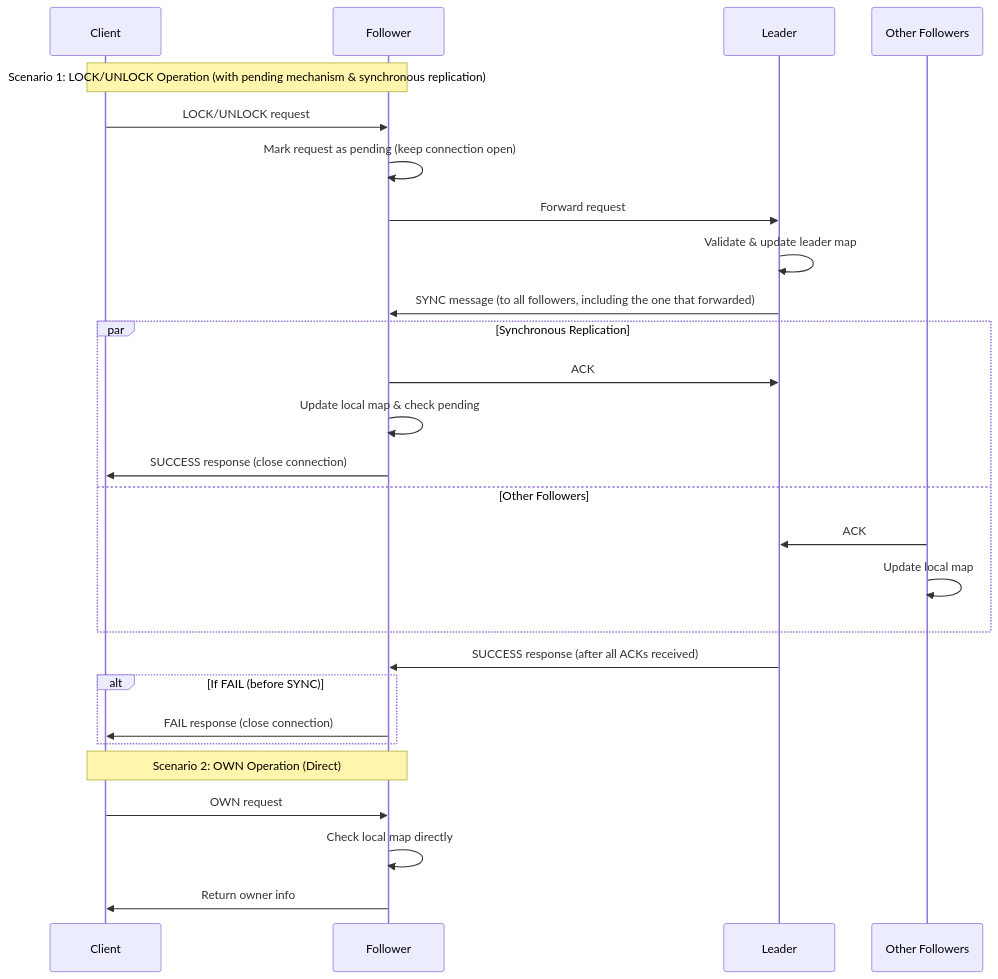
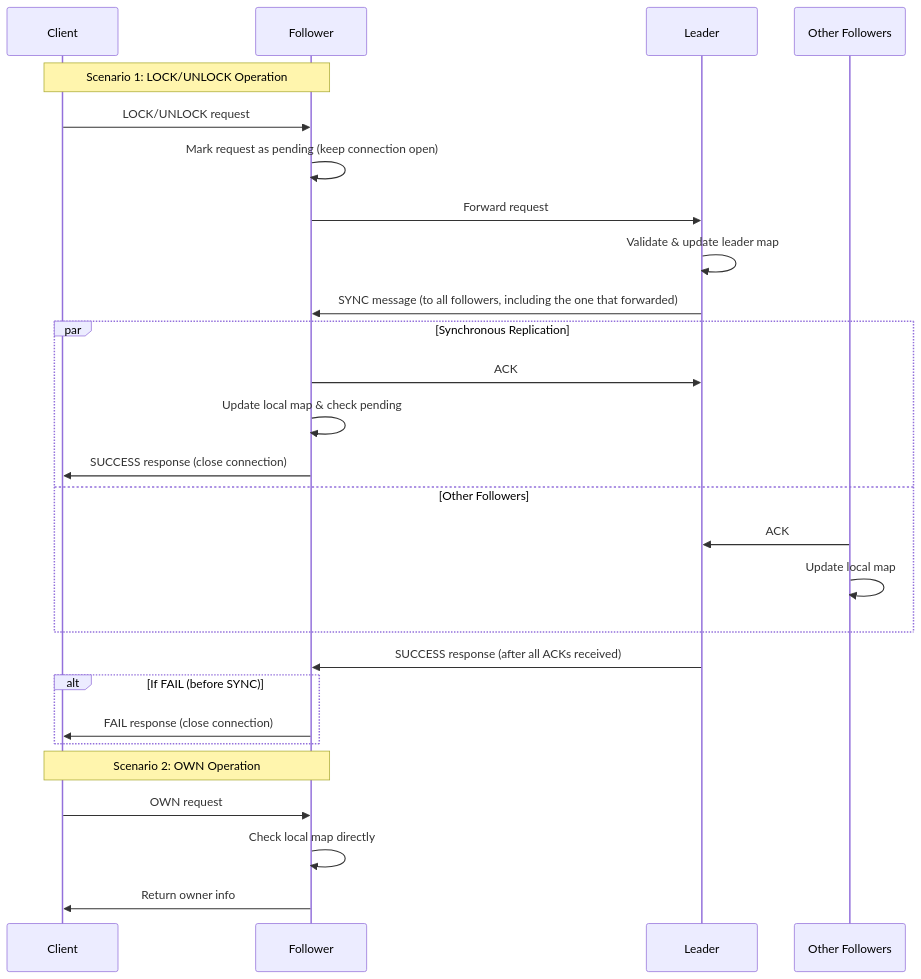
The diagram in README.md (alexandrabaron/distributed-lock-system), drawn with Mermaid before and after one commit.

````diff
--- a/README.md
+++ b/README.md
@@ -201,31 +201,31 @@
 ```mermaid
 sequenceDiagram
     participant C as Client
     participant F as Follower
     participant L as Leader
     participant F2 as Other Followers
 
-    Note over C,F: Scenario 1: LOCK/UNLOCK Operation (with pending mechanism & synchronous replication)
+    Note over C,F: Scenario 1: LOCK/UNLOCK Operation 
     C->>F: LOCK/UNLOCK request
     F->>F: Mark request as pending (keep connection open)
     F->>L: Forward request
     L->>L: Validate & update leader map
     L->>F: SYNC message (to all followers, including the one that forwarded)
     par Synchronous Replication
         F->>L: ACK
         F->>F: Update local map & check pending
         F->>C: SUCCESS response (close connection)
     and Other Followers
         F2->>L: ACK
         F2->>F2: Update local map
     end
     L->>F: SUCCESS response (after all ACKs received)
     alt If FAIL (before SYNC)
         F->>C: FAIL response (close connection)
     end
 
-    Note over C,F: Scenario 2: OWN Operation (Direct)
+    Note over C,F: Scenario 2: OWN Operation
     C->>F: OWN request
     F->>F: Check local map directly
     F->>C: Return owner info
 ```
````
